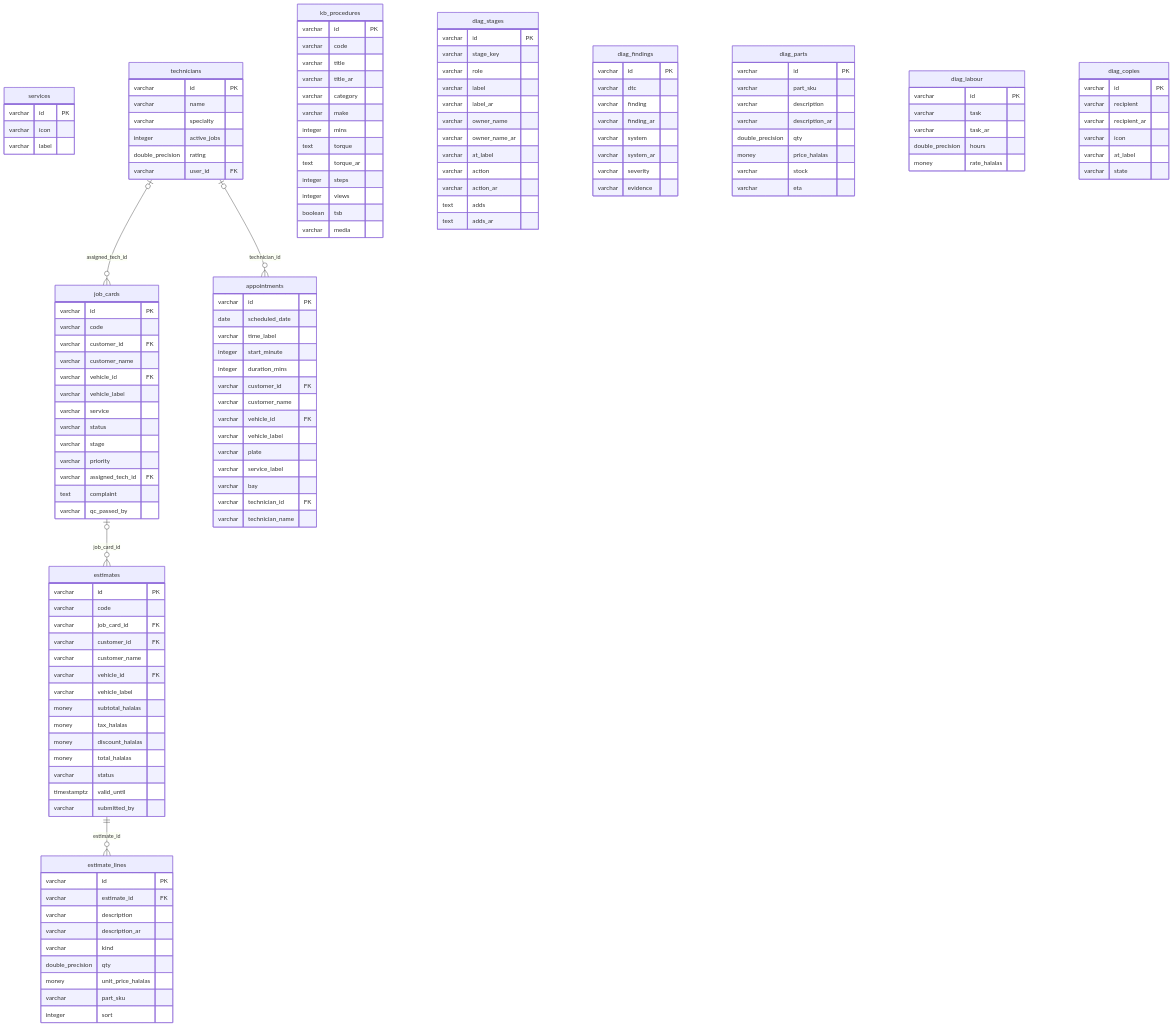
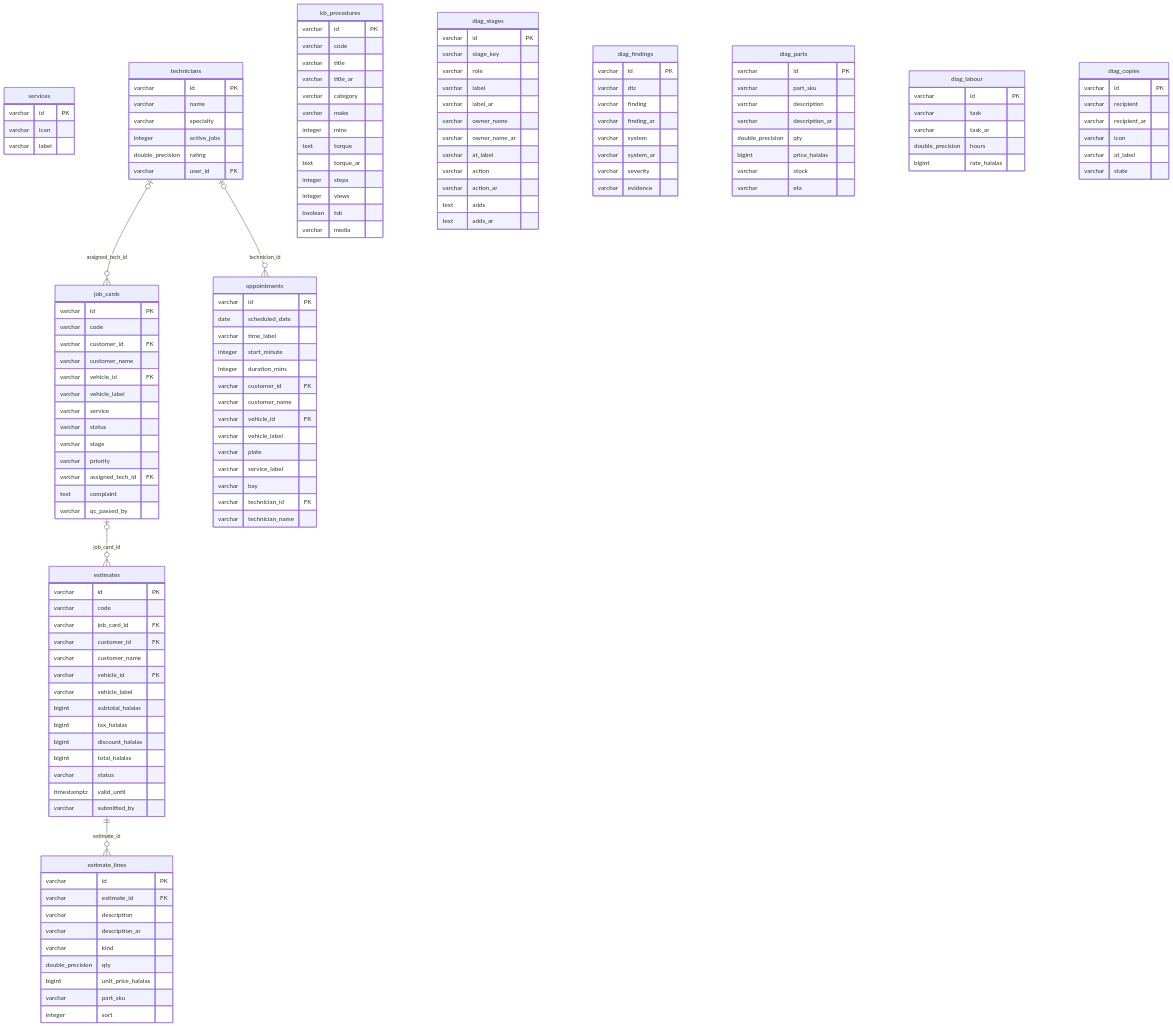
The diagram in docs/33_MASTER_DIAGRAM_LIBRARY/ERD/WORKSHOP_ERD.md (tazamohd/SlClNe), drawn with Mermaid before and after one commit. The commit also changed 76 other files, not shown here.

```diff
--- a/docs/33_MASTER_DIAGRAM_LIBRARY/ERD/WORKSHOP_ERD.md
+++ b/docs/33_MASTER_DIAGRAM_LIBRARY/ERD/WORKSHOP_ERD.md
@@ -58,10 +58,10 @@
     varchar customer_name
     varchar vehicle_id FK
     varchar vehicle_label
-    money subtotal_halalas
-    money tax_halalas
-    money discount_halalas
-    money total_halalas
+    bigint subtotal_halalas
+    bigint tax_halalas
+    bigint discount_halalas
+    bigint total_halalas
     varchar status
     timestamptz valid_until
     varchar submitted_by
@@ -73,7 +73,7 @@
     varchar description_ar
     varchar kind
     double_precision qty
-    money unit_price_halalas
+    bigint unit_price_halalas
     varchar part_sku
     integer sort
   }
@@ -130,7 +130,7 @@
     varchar description
     varchar description_ar
     double_precision qty
-    money price_halalas
+    bigint price_halalas
     varchar stock
     varchar eta
   }
@@ -139,7 +139,7 @@
     varchar task
     varchar task_ar
     double_precision hours
-    money rate_halalas
+    bigint rate_halalas
   }
   diag_copies {
     varchar id PK
```
